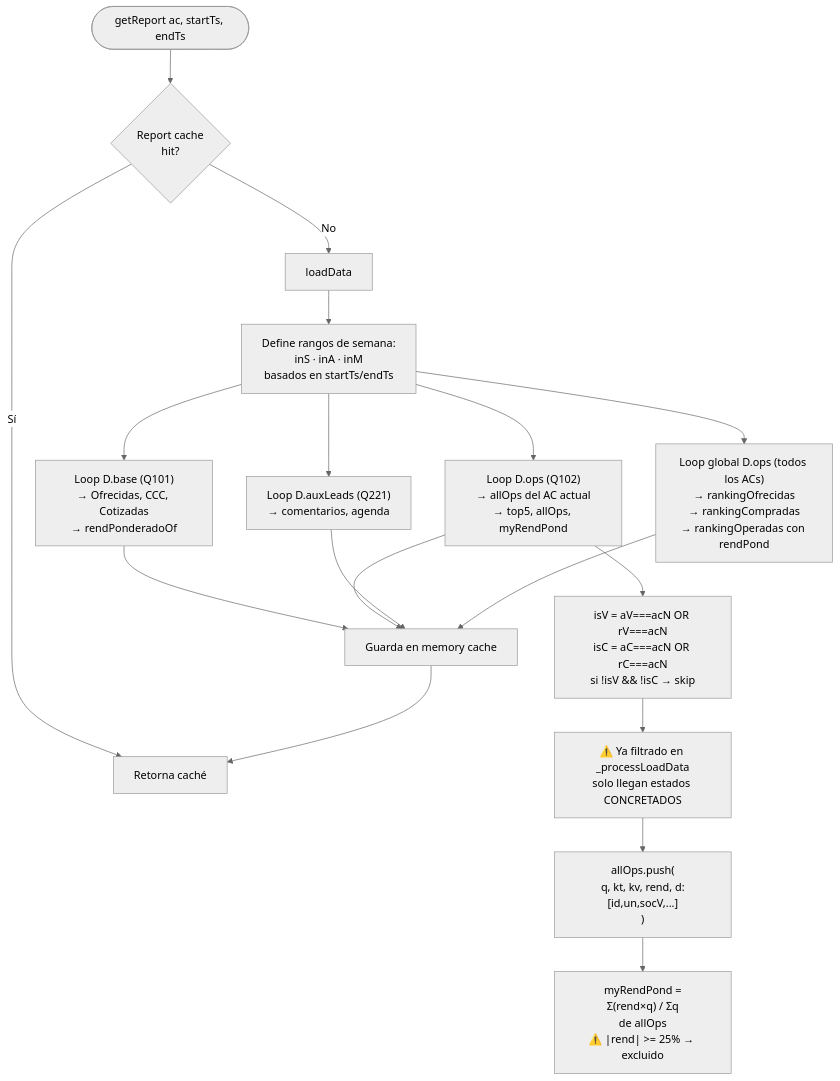
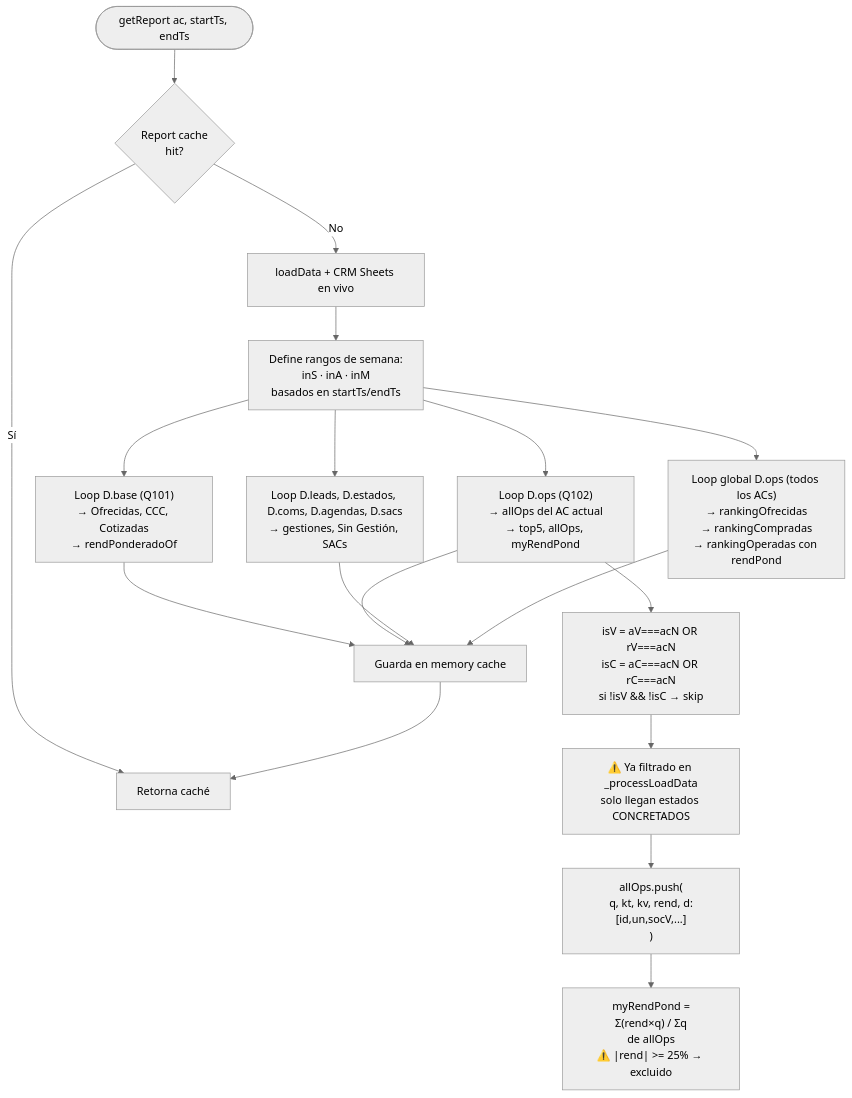
Before and after one commit to jsineriz-commits/ReporteSemanal: the third of 8 diagrams in MAPA_PROYECTO.md, drawn with Mermaid (neutral theme). The commit also changed other lines of this file, not shown here.

````diff
--- a/MAPA_PROYECTO.md
+++ b/MAPA_PROYECTO.md
@@ -76,22 +80,22 @@
 ```mermaid
 flowchart TD
     START([getReport ac, startTs, endTs]) --> RC{Report cache\nhit?}
     RC -- Sí --> RETURN[Retorna caché]
-    RC -- No --> LD[loadData]
+    RC -- No --> LD[loadData + CRM Sheets en vivo]
     LD --> RANGES["Define rangos de semana:\ninS · inA · inM\nbasados en startTs/endTs"]
 
     RANGES --> BASE["Loop D.base (Q101)\n→ Ofrecidas, CCC, Cotizadas\n→ rendPonderadoOf"]
     RANGES --> OPS["Loop D.ops (Q102)\n→ allOps del AC actual\n→ top5, allOps, myRendPond"]
-    RANGES --> CRM["Loop D.auxLeads (Q221)\n→ comentarios, agenda"]
+    RANGES --> CRM["Loop D.leads, D.estados, D.coms, D.agendas, D.sacs\n→ gestiones, Sin Gestión, SACs"]
 
     OPS --> FILTER["isV = aV===acN OR rV===acN\nisC = aC===acN OR rC===acN\nsi !isV && !isC → skip"]
     FILTER --> STATEOPS["⚠️ Ya filtrado en _processLoadData\nsolo llegan estados CONCRETADOS"]
     STATEOPS --> ALLOPS["allOps.push(\nq, kt, kv, rend, d:[id,un,socV,...]\n)"]
 
     ALLOPS --> MYREND["myRendPond =\nΣ(rend×q) / Σq\nde allOps\n⚠️ |rend| >= 25% → excluido"]
 
     RANGES --> RANKING["Loop global D.ops (todos los ACs)\n→ rankingOfrecidas\n→ rankingCompradas\n→ rankingOperadas con rendPond"]
 
     BASE & OPS & CRM & RANKING --> CACHE2[Guarda en memory cache]
     CACHE2 --> RETURN
 ```
````
